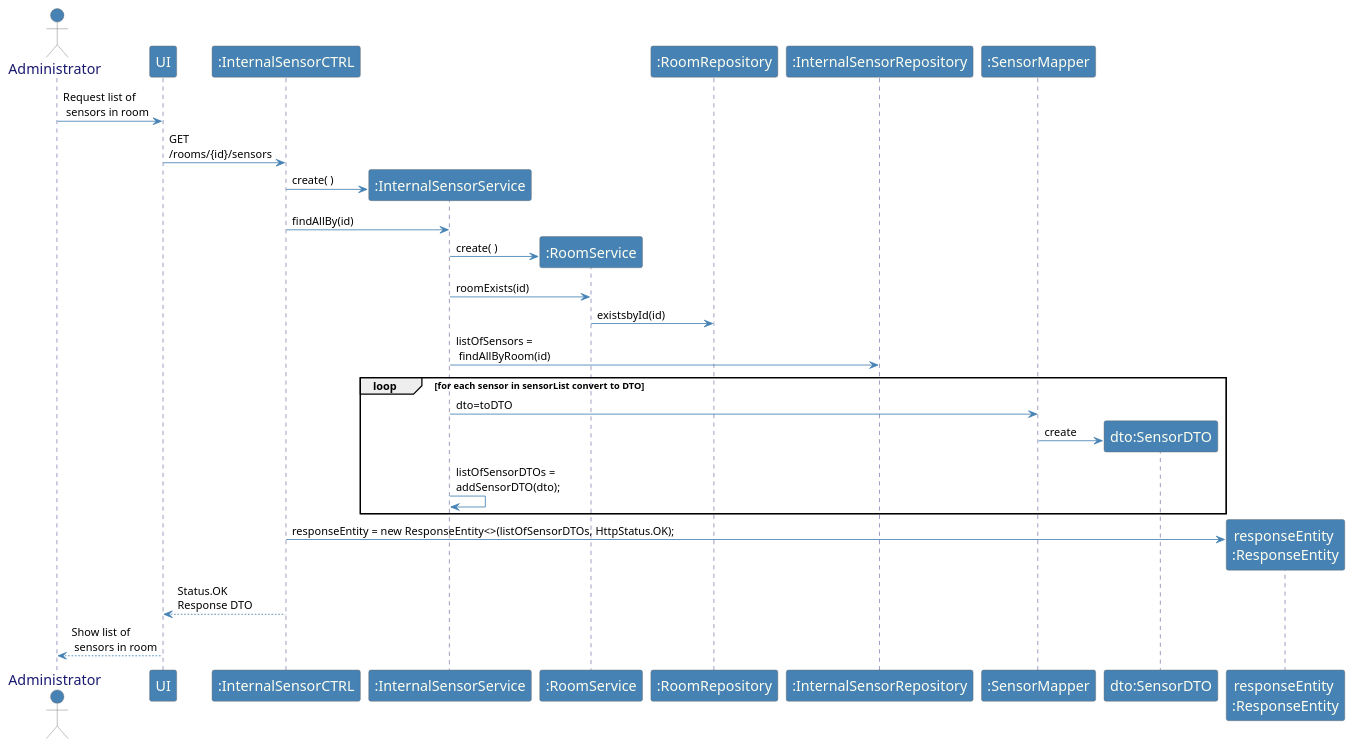
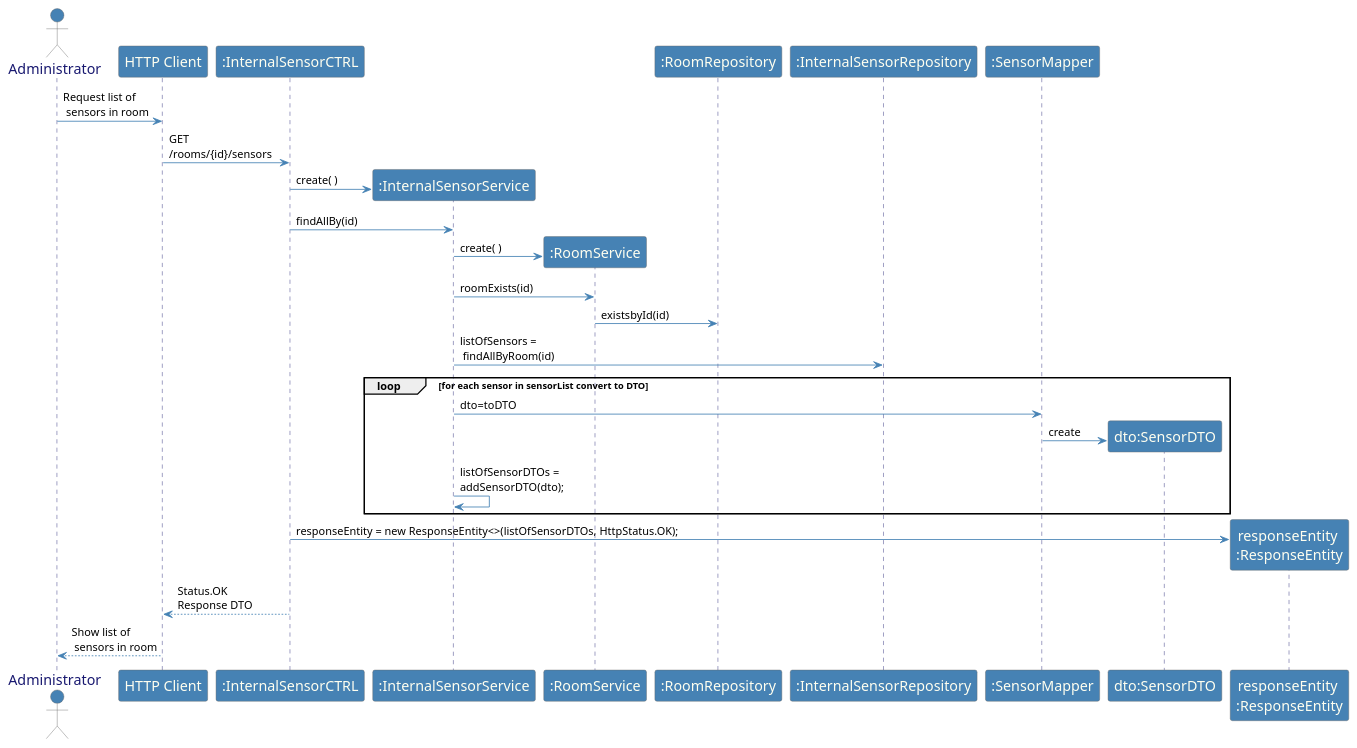
Before and after one commit to emanuel-pereira/hou: the diagram in src/main/java/smarthome/controller/rest/sequenceDiagrams/sd_ListSensorsInRoom.puml, drawn with PlantUML.

Commit message:
Fix #260 : Corrected sequence diagram for US250

```diff
--- a/src/main/java/smarthome/controller/rest/sequenceDiagrams/sd_ListSensorsInRoom.puml
+++ b/src/main/java/smarthome/controller/rest/sequenceDiagrams/sd_ListSensorsInRoom.puml
@@ -1,54 +1,54 @@
 @startuml
 
 skinparam sequence {
 	ArrowColor SteelBlue
 	ActorBorderColor Dimgray
 	LifeLineBorderColor MidnightBlue
 	LifeLineBackgroundColor #A9DCDF
 
 	ParticipantBorderColor Dimgray
 	ParticipantBackgroundColor SteelBlue
 	ParticipantFontName Calibri Bold
 	ParticipantFontSize 17
 	ParticipantFontColor Ivory
 
 	ActorBackgroundColor SteelBlue
 	ActorFontColor MidnightBlue
 	ActorFontSize 17
 	ActorFontName Aapex
 }
 
 skinparam note {
 BorderColor SteelBlue
 }
 actor Administrator
-Administrator->UI: Request list of \n sensors in room
-"UI" -> ":InternalSensorCTRL": GET \n/rooms/{id}/sensors
+Administrator->"HTTP Client": Request list of \n sensors in room
+"HTTP Client" -> ":InternalSensorCTRL": GET \n/rooms/{id}/sensors
 
 
 create ":InternalSensorService"
 ":InternalSensorCTRL" -> ":InternalSensorService" : create( )
 ":InternalSensorCTRL" -> ":InternalSensorService" : findAllBy(id)
 create ":RoomService"
 ":InternalSensorService" -> ":RoomService" : create( )
 ":InternalSensorService" -> ":RoomService" : roomExists(id)
 ":RoomService" -> ":RoomRepository" : existsbyId(id)
 
 
 
 ":InternalSensorService" -> ":InternalSensorRepository" : listOfSensors =\n findAllByRoom(id)
 
 loop  for each sensor in sensorList convert to DTO
 ":InternalSensorService" -> ":SensorMapper": dto=toDTO
 create "dto:SensorDTO"
 ":SensorMapper" -> "dto:SensorDTO": create
 ":InternalSensorService" -> ":InternalSensorService": listOfSensorDTOs = \naddSensorDTO(dto);
 
 end
 create "responseEntity \n:ResponseEntity"
 ":InternalSensorCTRL" ->  "responseEntity \n:ResponseEntity": responseEntity = new ResponseEntity<>(listOfSensorDTOs, HttpStatus.OK);
 
-":InternalSensorCTRL" --> "UI" : Status.OK \nResponse DTO
+":InternalSensorCTRL" --> "HTTP Client" : Status.OK \nResponse DTO
 
-Administrator<--UI: Show list of \n sensors in room
+Administrator<--"HTTP Client": Show list of \n sensors in room
 @enduml
```
